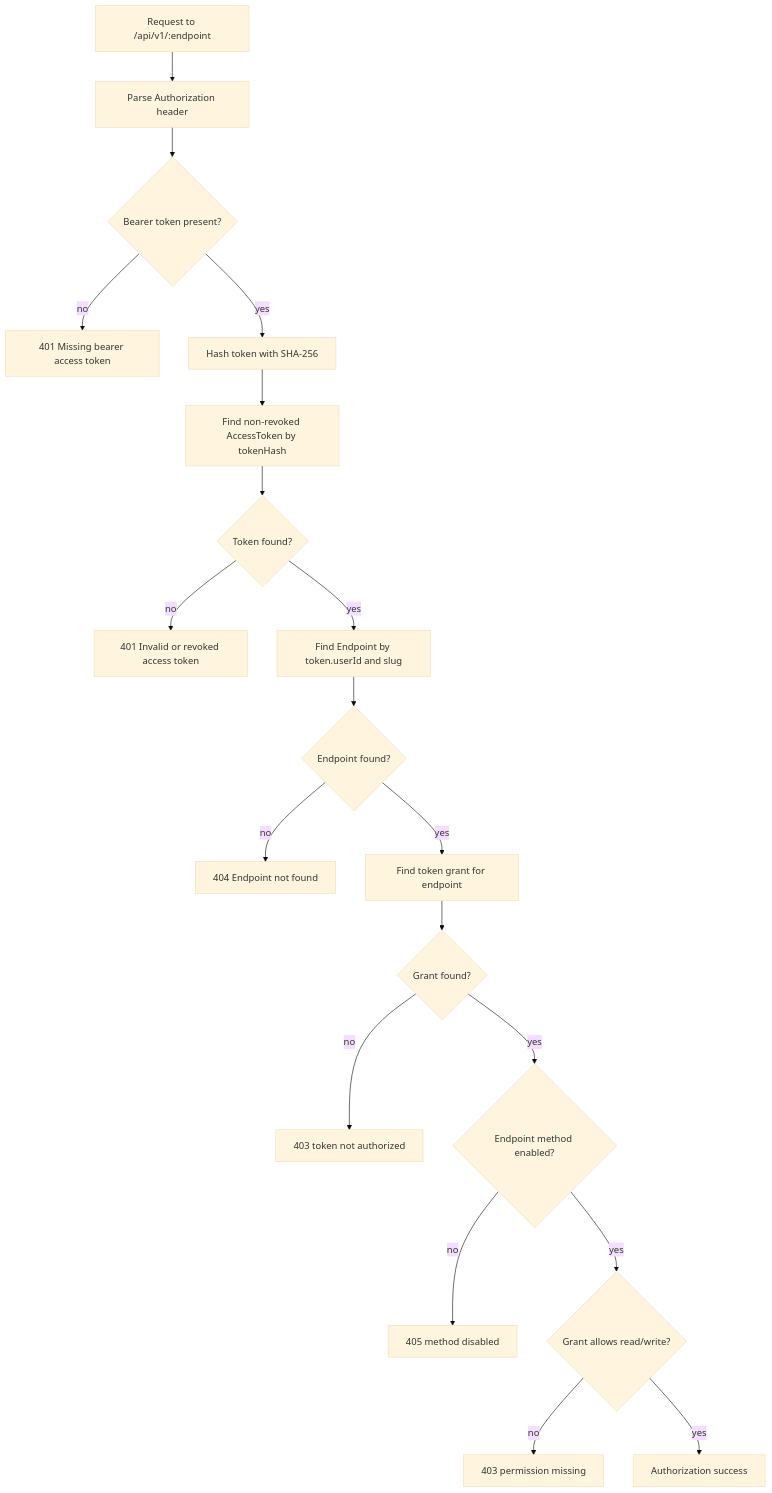
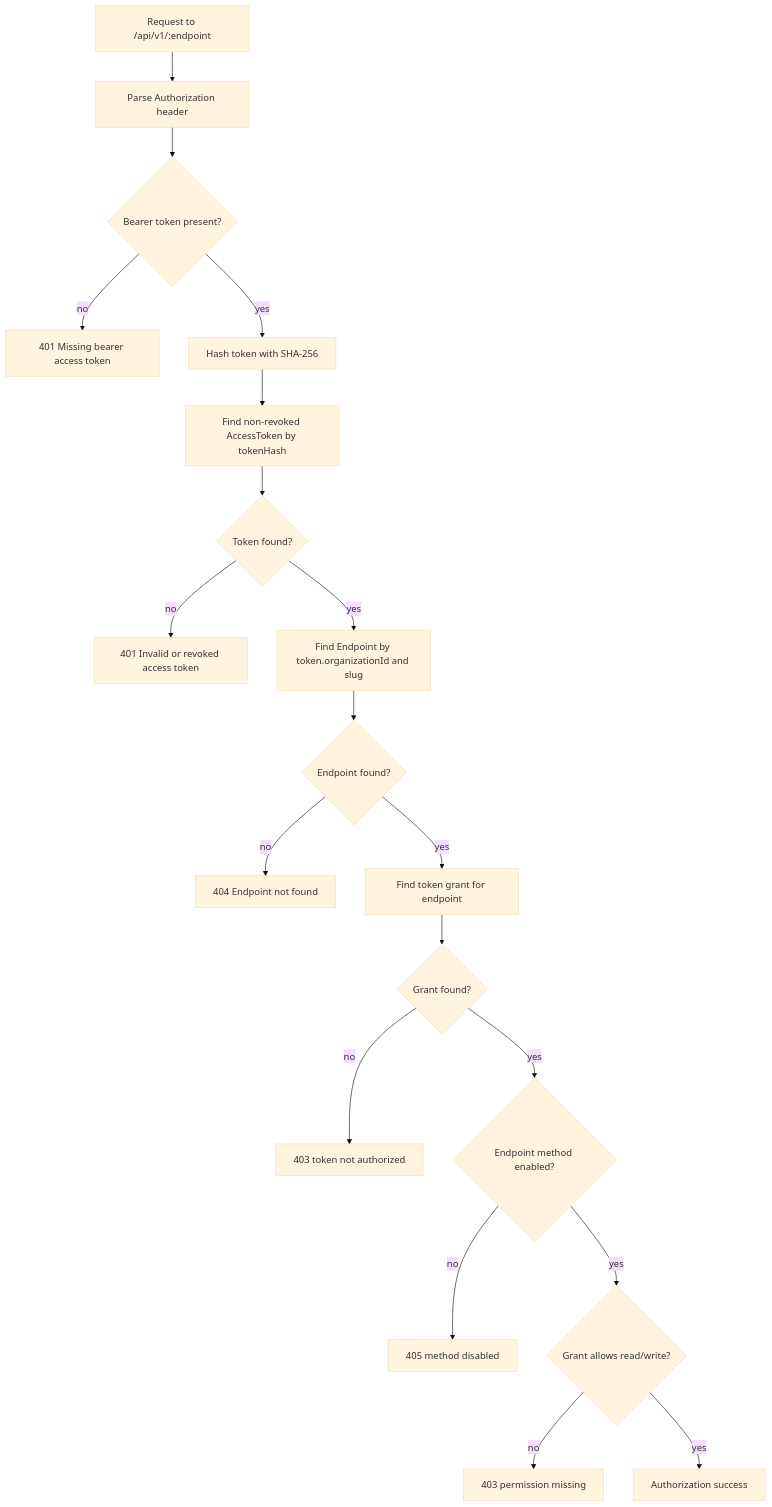
Before and after one commit to el-esnawy/my-api: the third of 3 diagrams in dev-docs/auth-and-security.md, drawn with Mermaid (base theme). The commit also changed other lines of this file and 90 other files, not shown here.

````diff
--- a/dev-docs/auth-and-security.md
+++ b/dev-docs/auth-and-security.md
@@ -174,21 +218,21 @@
 ```mermaid
 flowchart TD
   A["Request to /api/v1/:endpoint"] --> B["Parse Authorization header"]
   B --> C{"Bearer token present?"}
   C -- "no" --> C1["401 Missing bearer access token"]
   C -- "yes" --> D["Hash token with SHA-256"]
   D --> E["Find non-revoked AccessToken by tokenHash"]
   E --> F{"Token found?"}
   F -- "no" --> F1["401 Invalid or revoked access token"]
-  F -- "yes" --> G["Find Endpoint by token.userId and slug"]
+  F -- "yes" --> G["Find Endpoint by token.organizationId and slug"]
   G --> H{"Endpoint found?"}
   H -- "no" --> H1["404 Endpoint not found"]
   H -- "yes" --> I["Find token grant for endpoint"]
   I --> J{"Grant found?"}
   J -- "no" --> J1["403 token not authorized"]
   J -- "yes" --> K{"Endpoint method enabled?"}
   K -- "no" --> K1["405 method disabled"]
   K -- "yes" --> L{"Grant allows read/write?"}
   L -- "no" --> L1["403 permission missing"]
   L -- "yes" --> M["Authorization success"]
 ```
````
